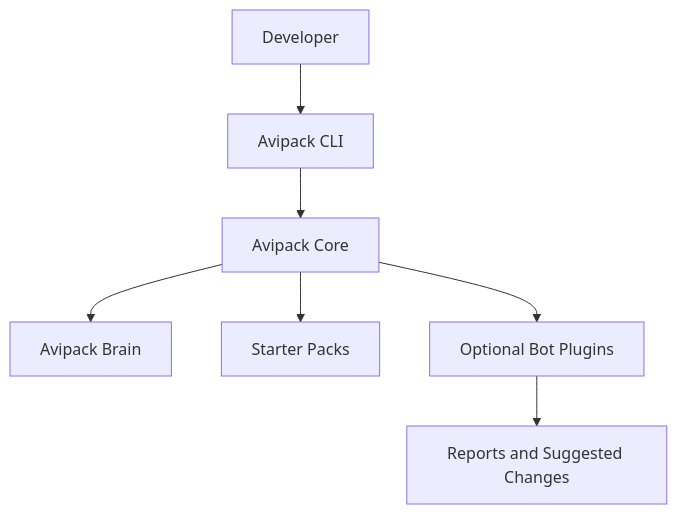
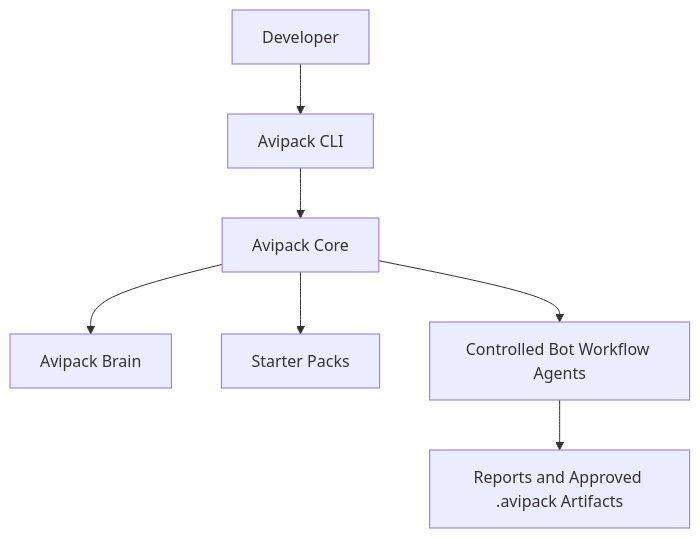
One commit to MadurangaS/avipack changed the diagram in docs/architecture.md. Above: the diagram before and after it, drawn with Mermaid. The commit also changed other lines of this file and 18 other files, not shown here.

Commit message:
Add Phase 2A bot workflow foundation

````diff
--- a/docs/architecture.md
+++ b/docs/architecture.md
@@ -5,9 +5,9 @@
 ```mermaid
 flowchart TD
   User[Developer] --> CLI[Avipack CLI]
   CLI --> Core[Avipack Core]
   Core --> Brain[Avipack Brain]
   Core --> Templates[Starter Packs]
-  Core --> Bots[Optional Bot Plugins]
-  Bots --> Reports[Reports and Suggested Changes]
+  Core --> Bots[Controlled Bot Workflow Agents]
+  Bots --> Artifacts[Reports and Approved .avipack Artifacts]
 ```
````
